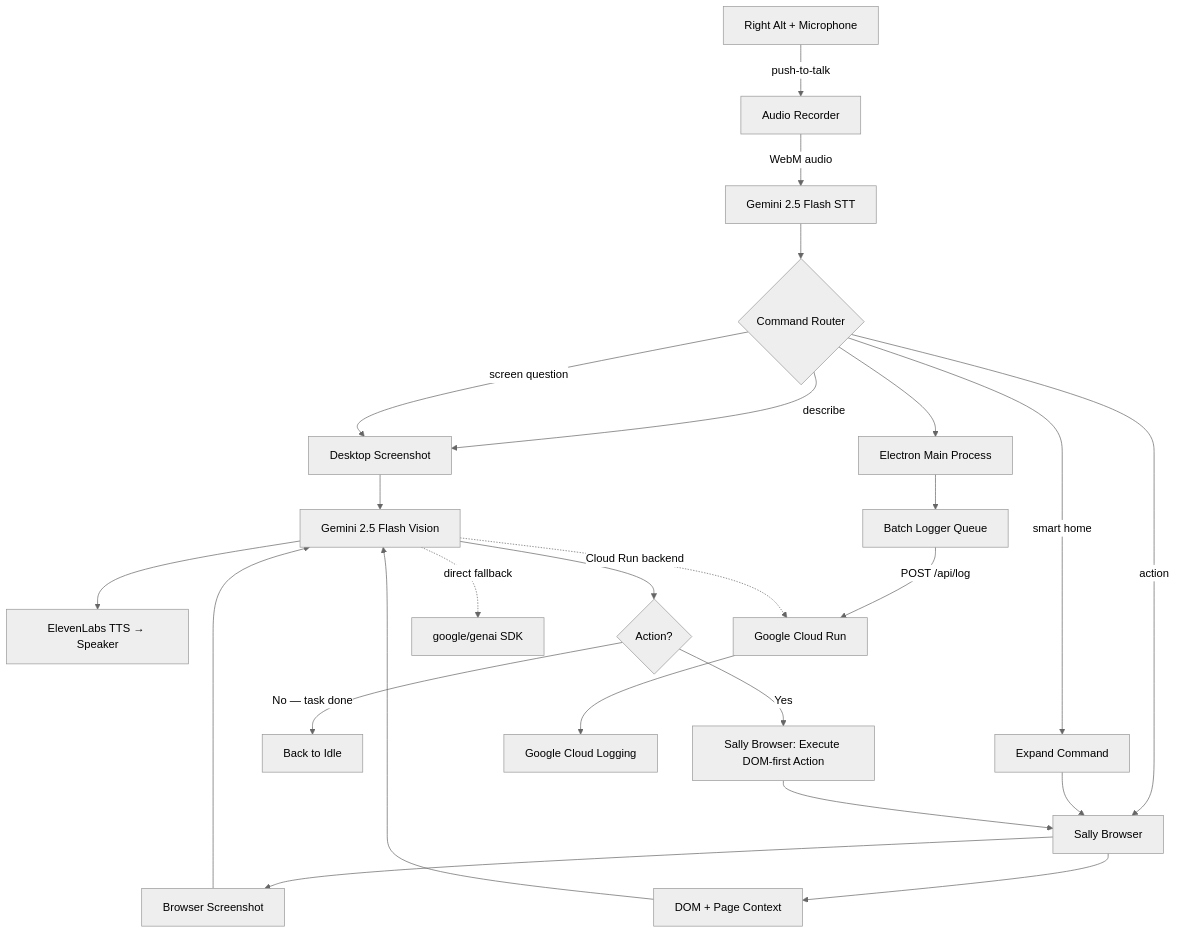
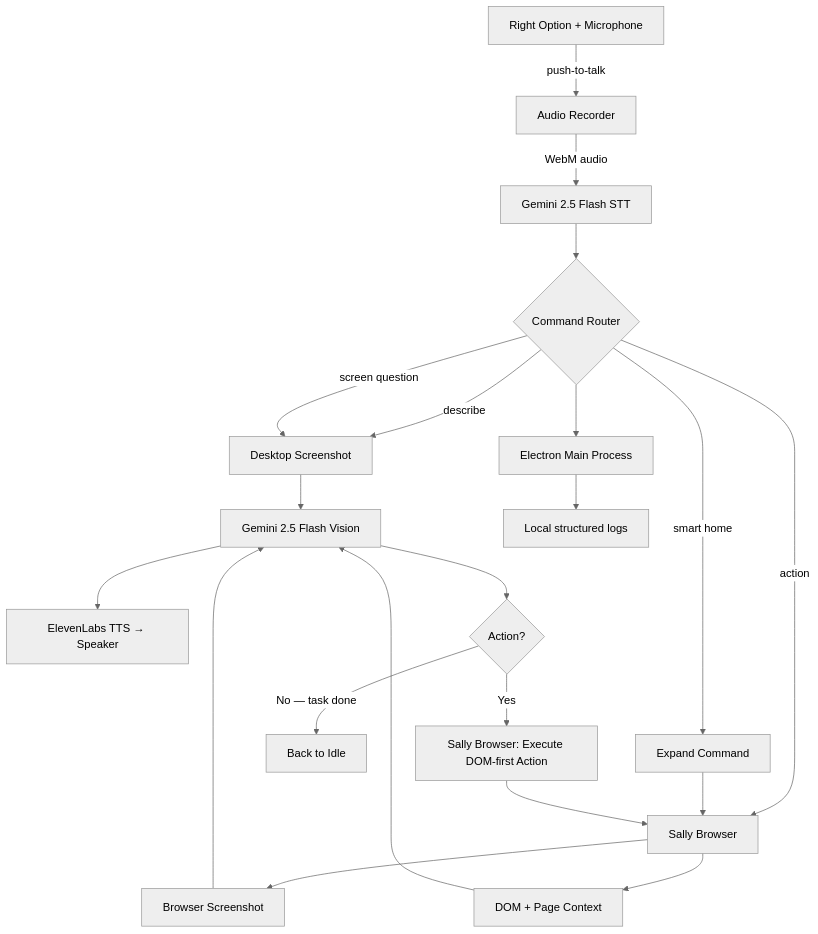
One commit to Manoj7ar/Sally changed the diagram in README.md. Above: the diagram before and after it, drawn with Mermaid (neutral theme). The commit also changed other lines of this file, not shown here.

````diff
--- a/README.md
+++ b/README.md
@@ -66,30 +68,26 @@
 ```mermaid
 graph TD
-    A[Right Alt + Microphone] -->|push-to-talk| B[Audio Recorder]
+    A[Right Option + Microphone] -->|push-to-talk| B[Audio Recorder]
     B -->|WebM audio| C[Gemini 2.5 Flash STT]
     C --> D{Command Router}
     D --> MAIN[Electron Main Process]
 
     D -->|describe| E[Desktop Screenshot]
     D -->|screen question| E
     D -->|action| SB
     D -->|smart home| EXPAND[Expand Command] --> SB
 
     E --> GEMINI[Gemini 2.5 Flash Vision]
     SB[Sally Browser] --> SHOT[Browser Screenshot]
     SB --> CTX[DOM + Page Context]
     SHOT --> GEMINI
     CTX --> GEMINI
 
     GEMINI --> TTS[ElevenLabs TTS → Speaker]
     GEMINI --> CHECK{Action?}
     CHECK -->|No — task done| IDLE[Back to Idle]
     CHECK -->|Yes| EXEC[Sally Browser: Execute DOM-first Action]
     EXEC --> SB
 
-    MAIN --> LOGQ[Batch Logger Queue]
-    LOGQ -->|POST /api/log| CR
-    GEMINI -.->|Cloud Run backend| CR[Google Cloud Run]
-    GEMINI -.->|direct fallback| SDK[google/genai SDK]
-    CR --> GCL[Google Cloud Logging]
+    MAIN --> LOG[Local structured logs]
 ```
````
